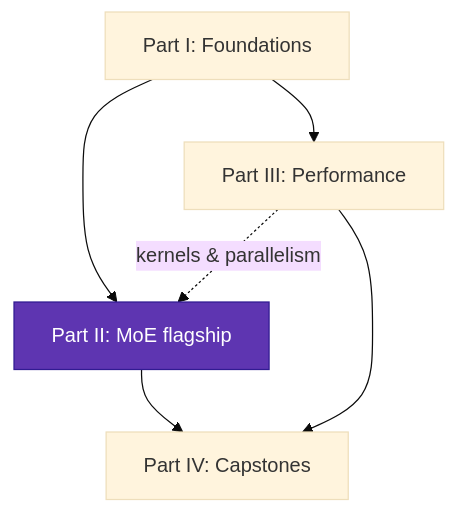
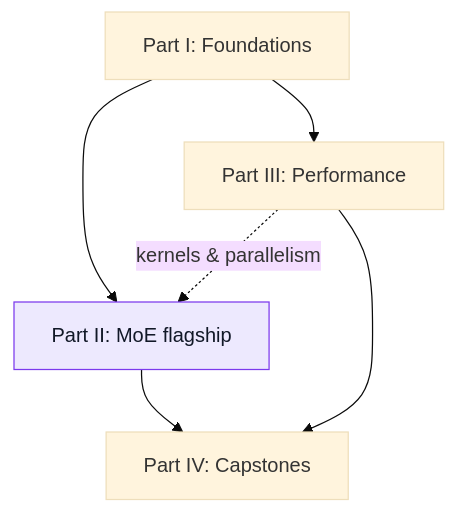
The diagram in docs/reading-path.md (youyun8/deep-kernel-handbook), drawn with Mermaid (base theme) before and after one commit. The commit also changed 10 other files, not shown here.

Commit message:
docs: fix diagram contrast and home title

````diff
--- a/docs/reading-path.md
+++ b/docs/reading-path.md
@@ -8,10 +8,10 @@
 ```mermaid
 flowchart TD
     A[Part I: Foundations] --> B[Part II: MoE flagship]
     A --> C[Part III: Performance]
     C -.kernels & parallelism.-> B
     B --> D[Part IV: Capstones]
     C --> D
-    classDef flagship fill:#5e35b1,stroke:#311b92,color:#fff;
+    classDef flagship fill:#ede9fe,stroke:#7c3aed,color:#111827;
     class B flagship;
 ```
````
